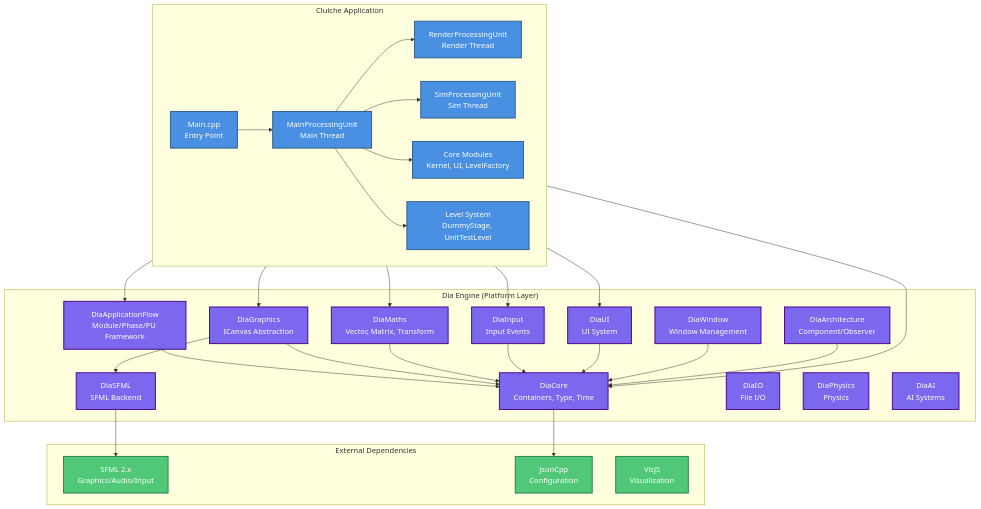
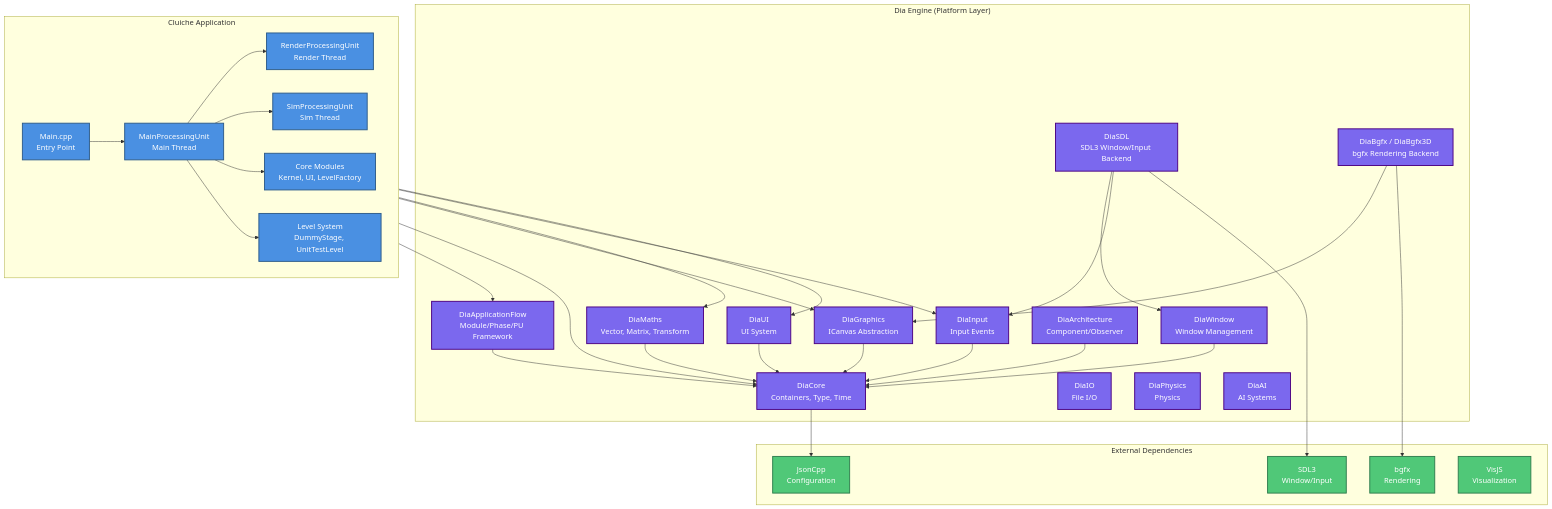
The diagram in docs/reference/architecture/diagrams/system-overview.md (LenihanConor/Cluiche), drawn with Mermaid before and after one commit. The commit also changed 110 other files, not shown here.

````diff
--- a/docs/reference/architecture/diagrams/system-overview.md
+++ b/docs/reference/architecture/diagrams/system-overview.md
@@ -9,70 +9,75 @@
 ```mermaid
 graph TB
     subgraph External["External Dependencies"]
-        SFML["SFML 2.x<br/>Graphics/Audio/Input"]
+        SDL3["SDL3<br/>Window/Input"]
+        bgfxLib["bgfx<br/>Rendering"]
         JsonCpp["JsonCpp<br/>Configuration"]
         VisJS["VisJS<br/>Visualization"]
     end
 
     subgraph Dia["Dia Engine (Platform Layer)"]
         DiaApp["DiaApplicationFlow<br/>Module/Phase/PU Framework"]
         DiaCore["DiaCore<br/>Containers, Type, Time"]
         DiaGraphics["DiaGraphics<br/>ICanvas Abstraction"]
         DiaMaths["DiaMaths<br/>Vector, Matrix, Transform"]
         DiaInput["DiaInput<br/>Input Events"]
         DiaUI["DiaUI<br/>UI System"]
         DiaWindow["DiaWindow<br/>Window Management"]
-        DiaSFML["DiaSFML<br/>SFML Backend"]
+        DiaSDL["DiaSDL<br/>SDL3 Window/Input Backend"]
+        DiaBgfx["DiaBgfx / DiaBgfx3D<br/>bgfx Rendering Backend"]
         DiaIO["DiaIO<br/>File I/O"]
         DiaPhysics["DiaPhysics<br/>Physics"]
         DiaAI["DiaAI<br/>AI Systems"]
         DiaArch["DiaArchitecture<br/>Component/Observer"]
     end
 
     subgraph Cluiche["Cluiche Application"]
         Main["Main.cpp<br/>Entry Point"]
         MainPU["MainProcessingUnit<br/>Main Thread"]
         RenderPU["RenderProcessingUnit<br/>Render Thread"]
         SimPU["SimProcessingUnit<br/>Sim Thread"]
         Levels["Level System<br/>DummyStage, UnitTestLevel"]
         Modules["Core Modules<br/>Kernel, UI, LevelFactory"]
     end
 
     %% Application layer connections
     Main --> MainPU
     MainPU --> RenderPU
     MainPU --> SimPU
     MainPU --> Modules
     MainPU --> Levels
 
     %% Cluiche depends on Dia
     Cluiche --> DiaApp
     Cluiche --> DiaCore
     Cluiche --> DiaGraphics
     Cluiche --> DiaMaths
     Cluiche --> DiaInput
     Cluiche --> DiaUI
 
     %% Dia internal dependencies
     DiaApp --> DiaCore
-    DiaGraphics --> DiaSFML
+    DiaBgfx --> DiaGraphics
+    DiaSDL --> DiaWindow
+    DiaSDL --> DiaInput
     DiaGraphics --> DiaCore
     DiaMaths --> DiaCore
     DiaInput --> DiaCore
     DiaUI --> DiaCore
     DiaWindow --> DiaCore
     DiaArch --> DiaCore
 
     %% Dia depends on External
-    DiaSFML --> SFML
+    DiaSDL --> SDL3
+    DiaBgfx --> bgfxLib
     DiaCore --> JsonCpp
 
     %% Styling
     classDef appLayer fill:#4A90E2,stroke:#2E5C8A,stroke-width:2px,color:#fff
     classDef engineLayer fill:#7B68EE,stroke:#4B0082,stroke-width:2px,color:#fff
     classDef externalLayer fill:#50C878,stroke:#2F7D4E,stroke-width:2px,color:#fff
 
     class Main,MainPU,RenderPU,SimPU,Levels,Modules appLayer
-    class DiaApp,DiaCore,DiaGraphics,DiaMaths,DiaInput,DiaUI,DiaWindow,DiaSFML,DiaIO,DiaPhysics,DiaAI,DiaArch engineLayer
-    class SFML,JsonCpp,VisJS externalLayer
+    class DiaApp,DiaCore,DiaGraphics,DiaMaths,DiaInput,DiaUI,DiaWindow,DiaSDL,DiaBgfx,DiaIO,DiaPhysics,DiaAI,DiaArch engineLayer
+    class SDL3,bgfxLib,JsonCpp,VisJS externalLayer
 ```
````
